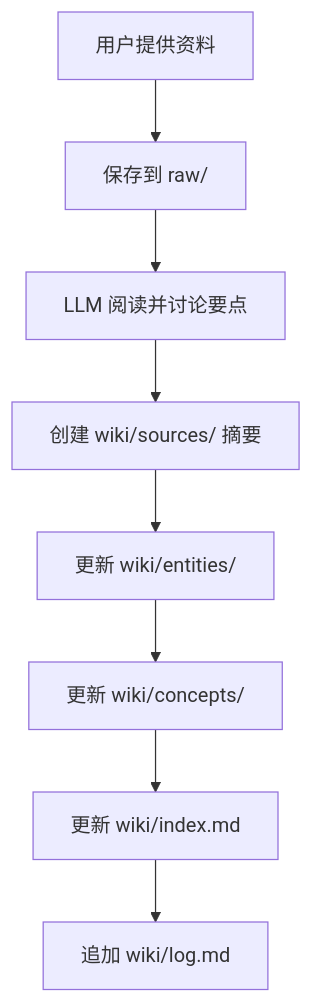
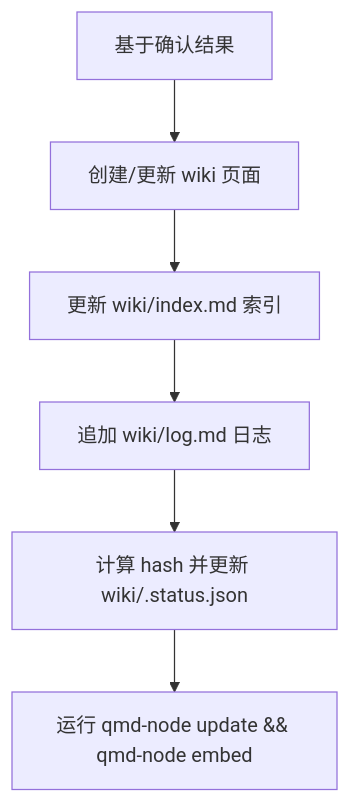
One commit to luguosong/knowledge-base-lgs changed the third of 6 diagrams in LLM Wiki 使用手册.md. Above: the diagram before and after it, drawn with Mermaid. The commit also changed other lines of this file and 304 other files, not shown here.

````diff
--- a/LLM Wiki 使用手册.md
+++ b/LLM Wiki 使用手册.md
@@ -262,10 +323,8 @@
 ```mermaid
 graph TD
-    A[用户提供资料] --> B[保存到 raw/]
-    B --> C[LLM 阅读并讨论要点]
-    C --> D[创建 wiki/sources/ 摘要]
-    D --> E[更新 wiki/entities/]
-    E --> F[更新 wiki/concepts/]
-    F --> G[更新 wiki/index.md]
-    G --> H[追加 wiki/log.md]
+    A[基于确认结果] --> B[创建/更新 wiki 页面]
+    B --> C[更新 wiki/index.md 索引]
+    C --> D[追加 wiki/log.md 日志]
+    D --> E[计算 hash 并更新 wiki/.status.json]
+    E --> F[运行 qmd-node update && qmd-node embed]
 ```
````
